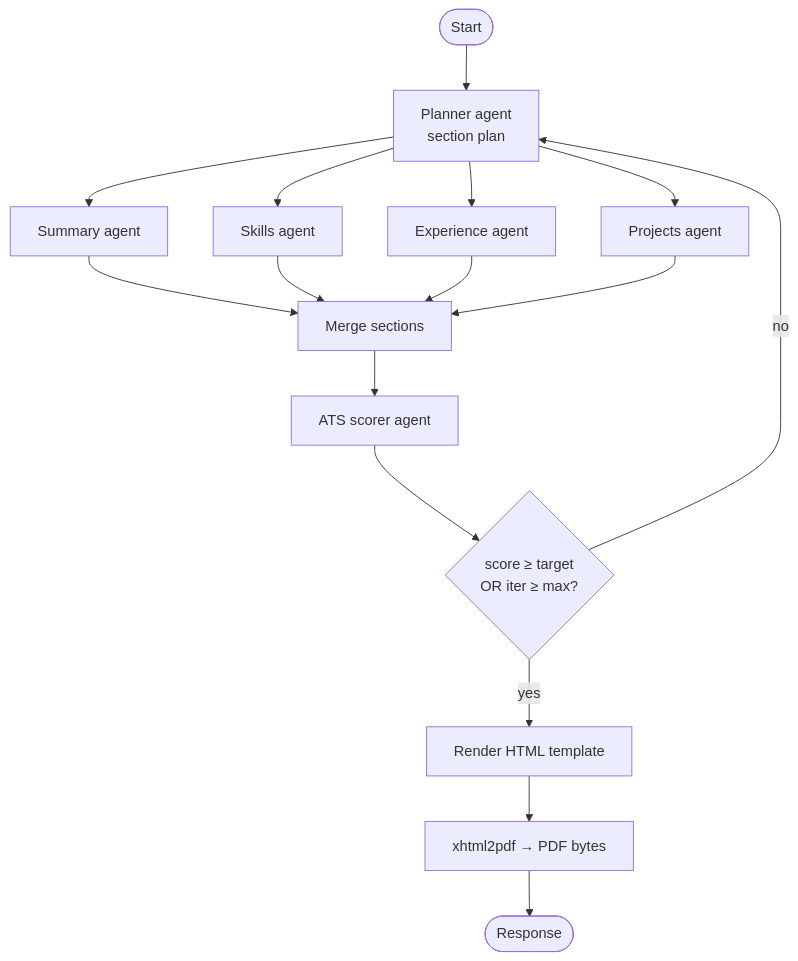
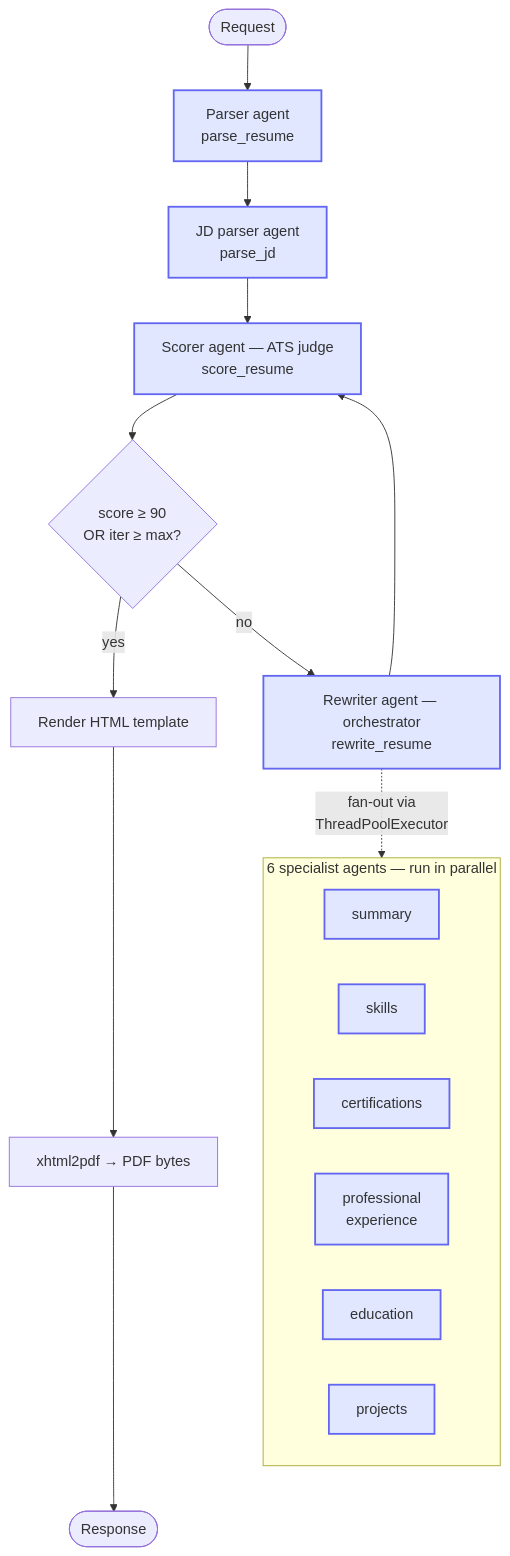
The second of 2 diagrams in ARCHITECTURE.md (vanara-ai/vanara-server), drawn with Mermaid before and after one commit. The commit also changed other lines of this file and 3 other files, not shown here.

````diff
--- a/ARCHITECTURE.md
+++ b/ARCHITECTURE.md
@@ -38,18 +38,27 @@
 ```mermaid
 flowchart TD
-    Start([Start]) --> Planner[Planner agent\nsection plan]
-    Planner --> Summary[Summary agent]
-    Planner --> Skills[Skills agent]
-    Planner --> Experience[Experience agent]
-    Planner --> Projects[Projects agent]
-    Summary --> Merge[Merge sections]
-    Skills --> Merge
-    Experience --> Merge
-    Projects --> Merge
-    Merge --> Scorer[ATS scorer agent]
-    Scorer --> Decision{score ≥ target\nOR iter ≥ max?}
-    Decision -- no --> Planner
+    Start([Request]) --> Parser[Parser agent<br/>parse_resume]
+    Parser --> JDParser[JD parser agent<br/>parse_jd]
+    JDParser --> Scorer[Scorer agent — ATS judge<br/>score_resume]
+    Scorer --> Decision{score ≥ 90<br/>OR iter ≥ max?}
     Decision -- yes --> Render[Render HTML template]
+    Decision -- no --> Rewriter[Rewriter agent — orchestrator<br/>rewrite_resume]
+    Rewriter --> Scorer
     Render --> PDF[xhtml2pdf → PDF bytes]
     PDF --> End([Response])
+
+    subgraph Specialists [6 specialist agents — run in parallel]
+        direction LR
+        S1[summary]
+        S2[skills]
+        S3[certifications]
+        S4[professional<br/>experience]
+        S5[education]
+        S6[projects]
+    end
+
+    Rewriter -.->|fan-out via<br/>ThreadPoolExecutor| Specialists
+
+    classDef agent fill:#e0e7ff,stroke:#6366f1,stroke-width:2px
+    class Parser,JDParser,Scorer,Rewriter,S1,S2,S3,S4,S5,S6 agent
 ```
````
